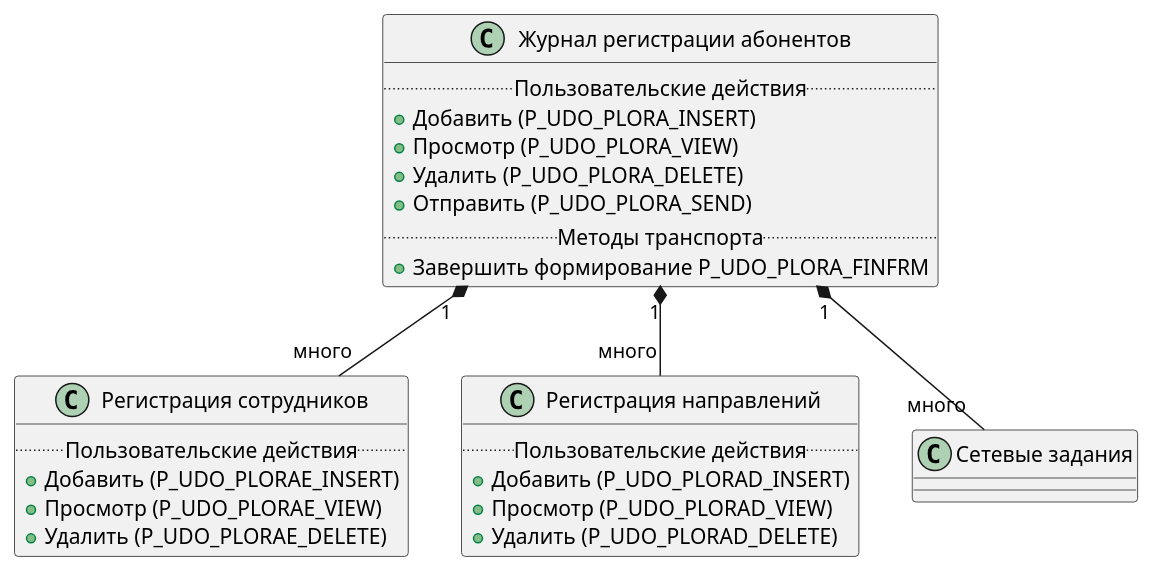
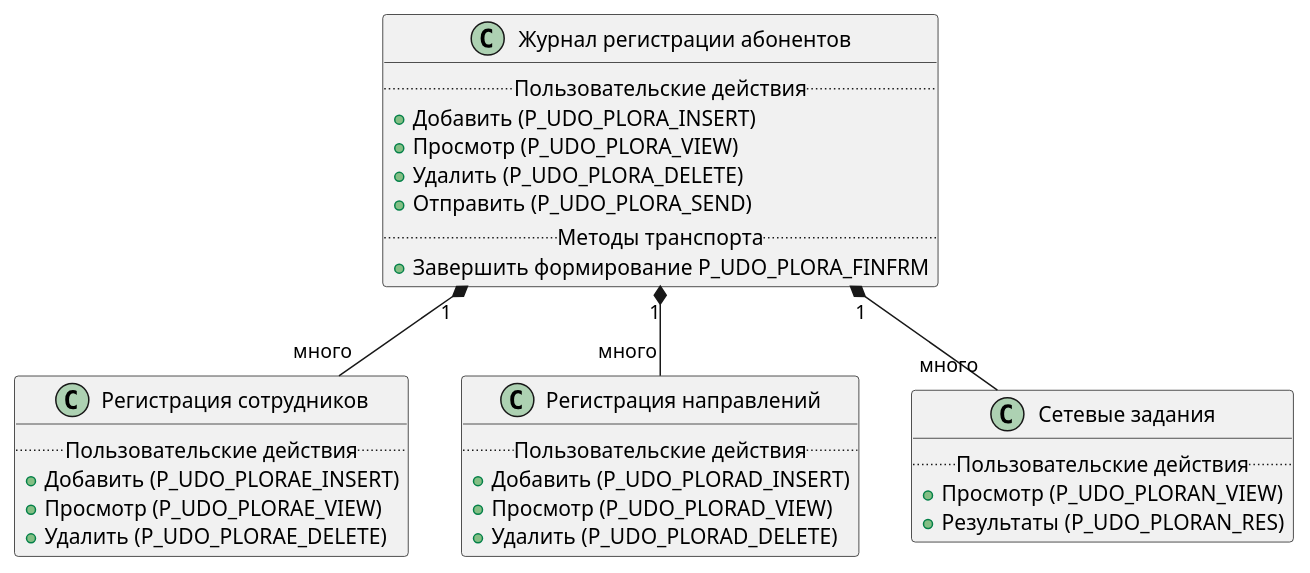
Before and after one commit to citpb/platform-astral-schemes: the diagram in udo_plora_classes.puml, drawn with PlantUML.

Commit message:
Update udo_plora_classes.puml
Добавлено действие для отображения очереди.

```diff
--- a/udo_plora_classes.puml
+++ b/udo_plora_classes.puml
@@ -1,33 +1,37 @@
 @startuml
 
 class "Журнал регистрации абонентов" as MasterClass {
 ..Пользовательские действия..
 {method}+Добавить (P_UDO_PLORA_INSERT)
 {method}+Просмотр (P_UDO_PLORA_VIEW)
 {method}+Удалить (P_UDO_PLORA_DELETE)
 {method}+Отправить (P_UDO_PLORA_SEND)
 ..Методы транспорта..
 {method}+Завершить формирование P_UDO_PLORA_FINFRM
 }
 
 class "Регистрация сотрудников" as SpecClass1 {
 ..Пользовательские действия..
 {method}+Добавить (P_UDO_PLORAE_INSERT)
 {method}+Просмотр (P_UDO_PLORAE_VIEW)
 {method}+Удалить (P_UDO_PLORAE_DELETE)
 }
 
 class "Регистрация направлений" as SpecClass2 {
 ..Пользовательские действия..
 {method}+Добавить (P_UDO_PLORAD_INSERT)
 {method}+Просмотр (P_UDO_PLORAD_VIEW)
 {method}+Удалить (P_UDO_PLORAD_DELETE)
 }
 
-class "Сетевые задания" as SpecClass3
+class "Сетевые задания" as SpecClass3 {
+..Пользовательские действия..
+{method}+Просмотр (P_UDO_PLORAN_VIEW)
+{method}+Результаты (P_UDO_PLORAN_RES)
+}
 
 MasterClass "1" *-- "много" SpecClass1
 MasterClass "1" *-- "много" SpecClass2
 MasterClass "1" *-- "много" SpecClass3
 
 @enduml
```
